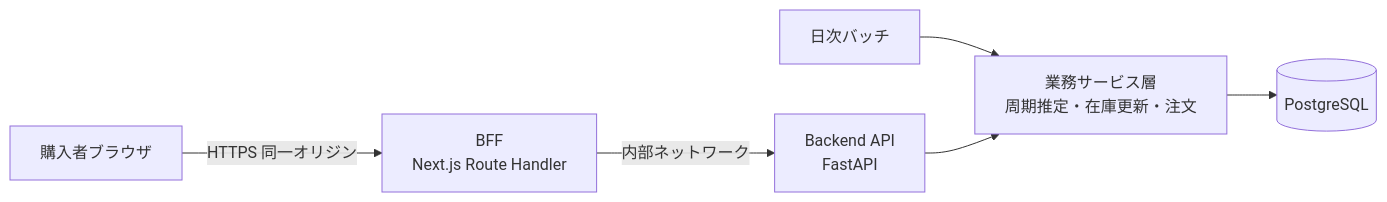
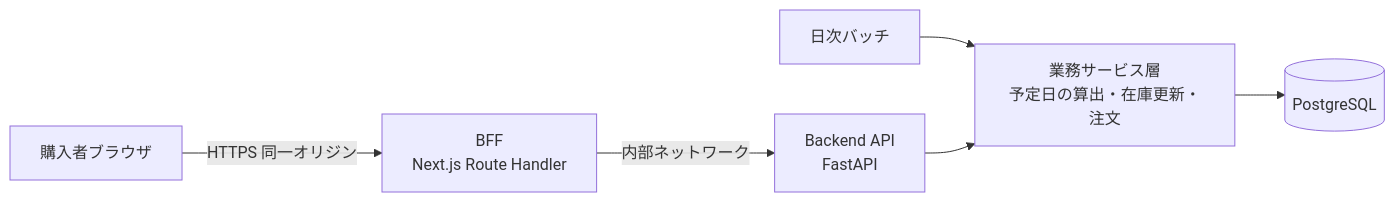
The first of 15 diagrams in 設計仕様書.md (Nagaoka122/tech0-lv3-ec), drawn with Mermaid before and after one commit. The commit also changed other lines of this file and 3 other files, not shown here.

````diff
--- a/設計仕様書.md
+++ b/設計仕様書.md
@@ -15,8 +15,8 @@
 ```mermaid
 flowchart LR
     U["購入者ブラウザ"] -->|HTTPS 同一オリジン| BFF["BFF<br/>Next.js Route Handler"]
     BFF -->|内部ネットワーク| API["Backend API<br/>FastAPI"]
     BATCH["日次バッチ"] --> SVC
-    API --> SVC["業務サービス層<br/>周期推定・在庫更新・注文"]
+    API --> SVC["業務サービス層<br/>予定日の算出・在庫更新・注文"]
     SVC --> DB[("PostgreSQL")]
 ```
````
